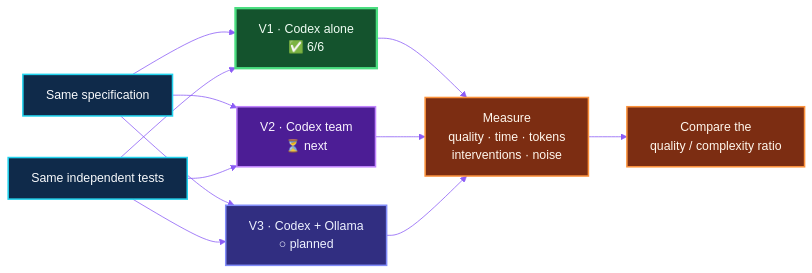
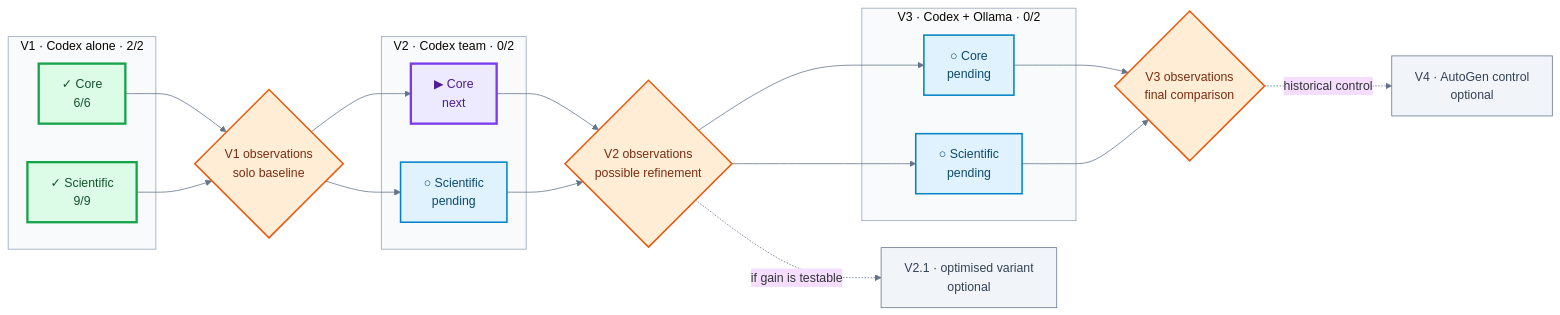
One commit to ERICRAC/AgentBench-2026 changed the diagram in README.en.md. Above: the diagram before and after it, drawn with Mermaid. The commit also changed other lines of this file and 7 other files, not shown here.

````diff
--- a/README.en.md
+++ b/README.en.md
@@ -52,33 +35,45 @@
 ```mermaid
 %%{init: {"theme": "base", "themeVariables": {
-  "primaryColor": "#0f2a4a",
-  "primaryTextColor": "#f8fafc",
-  "primaryBorderColor": "#22d3ee",
-  "lineColor": "#8b5cf6",
-  "secondaryColor": "#3b1d67",
-  "tertiaryColor": "#431f2b",
-  "fontFamily": "system-ui"
+  "fontFamily": "system-ui",
+  "lineColor": "#64748b",
+  "clusterBkg": "#f8fafc",
+  "clusterBorder": "#94a3b8"
 }}}%%
 flowchart LR
-    S["Same specification"] --> R1["V1 · Codex alone<br/>✅ 6/6"]
-    S --> R2["V2 · Codex team<br/>⏳ next"]
-    S --> R3["V3 · Codex + Ollama<br/>○ planned"]
-    T["Same independent tests"] --> R1
-    T --> R2
-    T --> R3
-    R1 --> M["Measure<br/>quality · time · tokens<br/>interventions · noise"]
-    R2 --> M
-    R3 --> M
-    M --> C["Compare the<br/>quality / complexity ratio"]
+    subgraph V1["V1 · Codex alone · 2/2"]
+      V1C["✓ Core<br/>6/6"]
+      V1S["✓ Scientific<br/>9/9"]
+    end
+    G1{"V1 observations<br/>solo baseline"}
+    subgraph V2["V2 · Codex team · 0/2"]
+      V2C["▶ Core<br/>next"]
+      V2S["○ Scientific<br/>pending"]
+    end
+    G2{"V2 observations<br/>possible refinement"}
+    V21["V2.1 · optimised variant<br/>optional"]
+    subgraph V3["V3 · Codex + Ollama · 0/2"]
+      V3C["○ Core<br/>pending"]
+      V3S["○ Scientific<br/>pending"]
+    end
+    G3{"V3 observations<br/>final comparison"}
+    V4["V4 · AutoGen control<br/>optional"]
 
-    classDef source fill:#0f2a4a,stroke:#22d3ee,color:#f8fafc,stroke-width:2px;
-    classDef done fill:#14532d,stroke:#4ade80,color:#f0fdf4,stroke-width:3px;
-    classDef next fill:#4c1d95,stroke:#c084fc,color:#faf5ff,stroke-width:2px;
-    classDef planned fill:#312e81,stroke:#818cf8,color:#eef2ff,stroke-width:2px;
-    classDef measure fill:#7c2d12,stroke:#fb923c,color:#fff7ed,stroke-width:2px;
-    class S,T source;
-    class R1 done;
-    class R2 next;
-    class R3 planned;
-    class M,C measure;
+    V1C & V1S --> G1
+    G1 --> V2C & V2S
+    V2C & V2S --> G2
+    G2 -. "if gain is testable" .-> V21
+    G2 --> V3C & V3S
+    V3C & V3S --> G3
+    G3 -. "historical control" .-> V4
+
+    classDef done fill:#dcfce7,stroke:#16a34a,color:#14532d,stroke-width:3px;
+    classDef next fill:#ede9fe,stroke:#7c3aed,color:#4c1d95,stroke-width:3px;
+    classDef todo fill:#e0f2fe,stroke:#0284c7,color:#0c4a6e,stroke-width:2px;
+    classDef gate fill:#ffedd5,stroke:#ea580c,color:#7c2d12,stroke-width:2px;
+    classDef optional fill:#f1f5f9,stroke:#64748b,color:#334155;
+    class V1C,V1S done;
+    class V2C next;
+    class V2S,V3C,V3S todo;
+    class G1,G2,G3 gate;
+    class V21,V4 optional;
 ```
````
